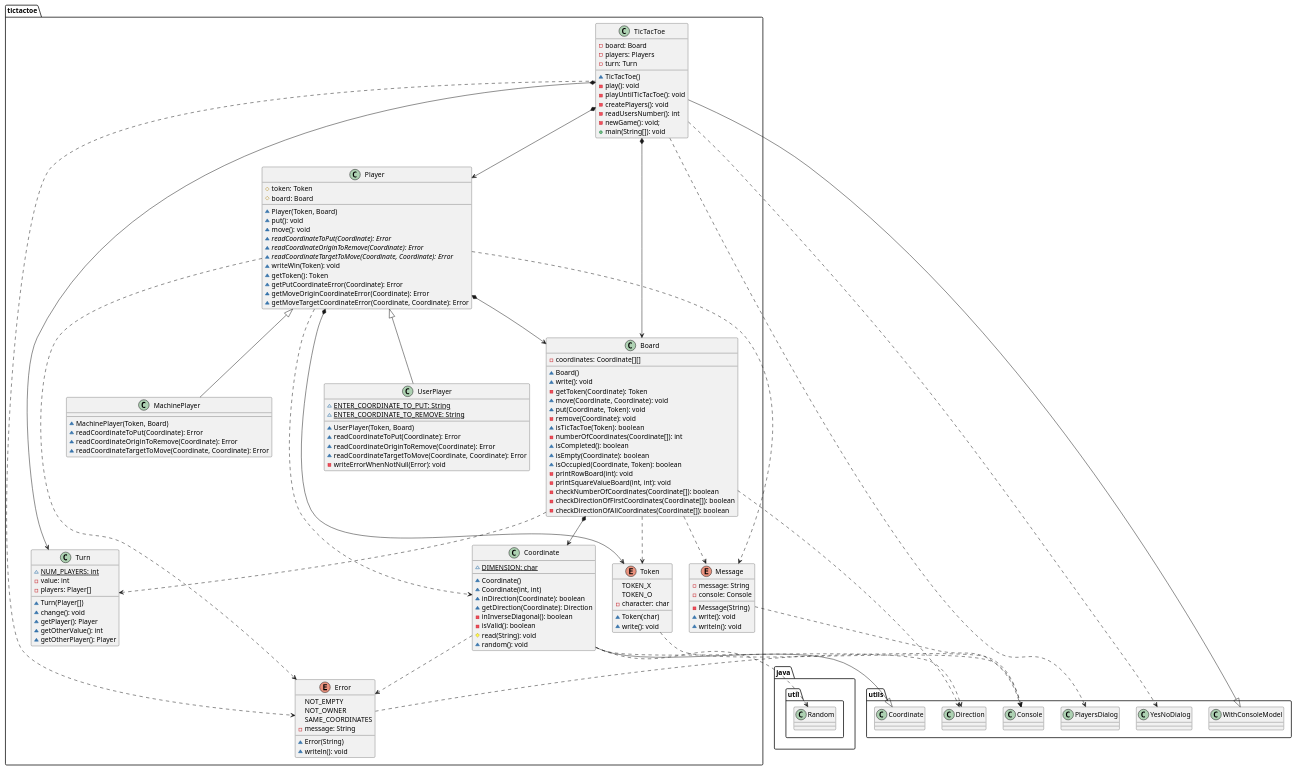
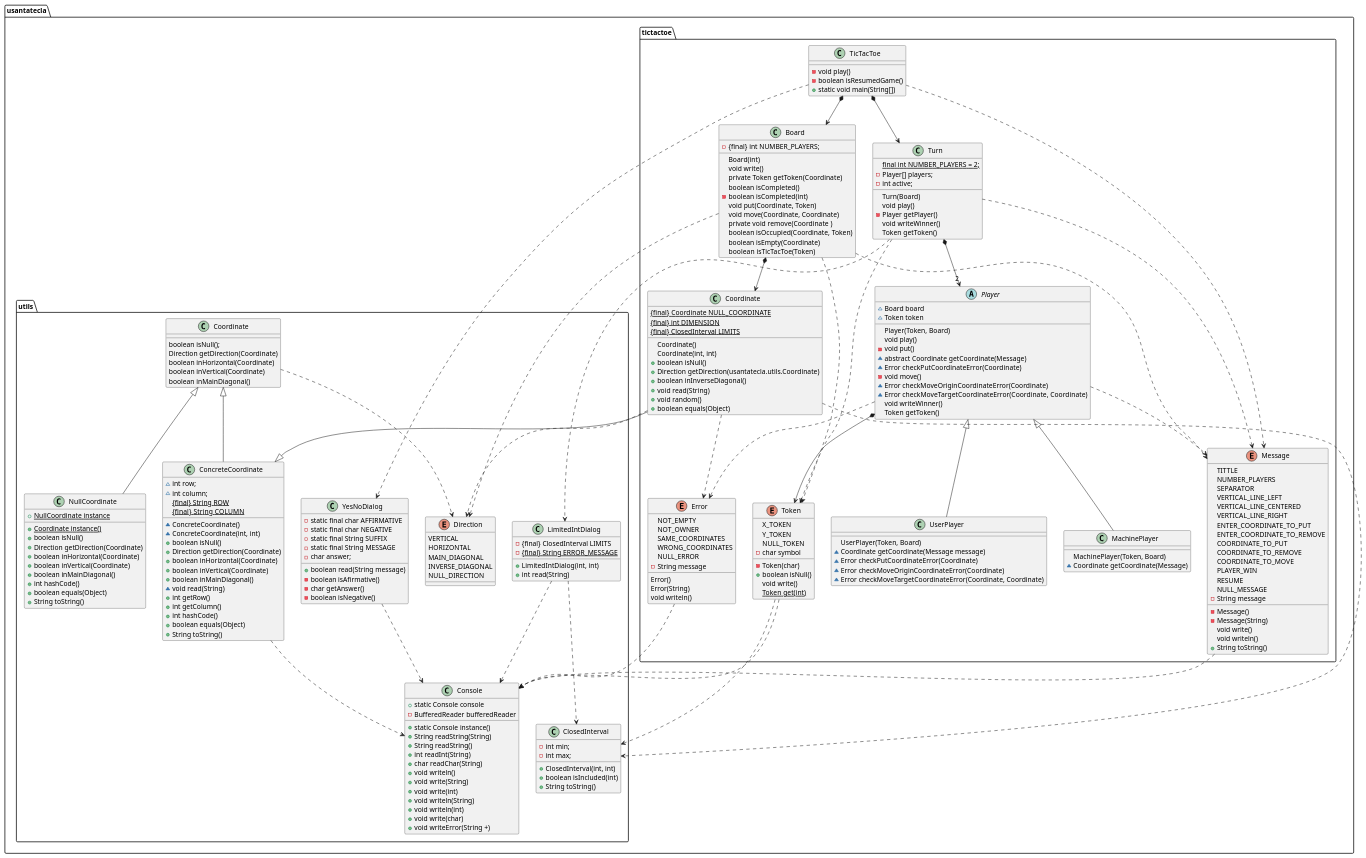
Before and after one commit to x-USantaTecla-game-ticTacToe/java: the second of 4 diagrams in docs/src/docs/asciidoc/index.adoc, drawn with PlantUML. The commit also changed other lines of this file and 17 other files, not shown here.

```diff
--- a/docs/src/docs/asciidoc/index.adoc
+++ b/docs/src/docs/asciidoc/index.adoc
@@ -50,144 +50,266 @@
 [plantuml,version1TicTacToe,svg]
 ....
 
-class  tictactoe.Board{
-- coordinates: Coordinate[][]
-~ Board()
-~ write(): void
-- getToken(Coordinate): Token
-~ move(Coordinate, Coordinate): void
-~ put(Coordinate, Token): void
-- remove(Coordinate): void
-~ isTicTacToe(Token): boolean
-- numberOfCoordinates(Coordinate[]): int
-~ isCompleted(): boolean
-~ isEmpty(Coordinate): boolean
-~ isOccupied(Coordinate, Token): boolean
-- printRowBoard(int): void
-- printSquareValueBoard(int, int): void
-- checkNumberOfCoordinates(Coordinate[]): boolean
-- checkDirectionOfFirstCoordinates(Coordinate[]): boolean
-- checkDirectionOfAllCoordinates(Coordinate[]): boolean
-}
-tictactoe.Board *-down-> tictactoe.Coordinate
-tictactoe.Board ..> tictactoe.Token
-tictactoe.Board ..> tictactoe.Turn
-tictactoe.Board ..> utils.Direction
-tictactoe.Board ..> tictactoe.Message
-
-class  tictactoe.Coordinate{
-~ {static} DIMENSION: char
-~ Coordinate()
-~ Coordinate(int, int)
-~ inDirection(Coordinate): boolean
-~ getDirection(Coordinate): Direction
-- inInverseDiagonal(): boolean
-- isValid(): boolean
-# read(String): void
-~ random(): void
-}
-utils.Coordinate <|-down- tictactoe.Coordinate
-tictactoe.Coordinate ..> tictactoe.Error
-tictactoe.Coordinate ..> utils.Direction
-tictactoe.Coordinate ..> java.util.Random
-
-enum  tictactoe.Error{
-NOT_EMPTY
-NOT_OWNER
-SAME_COORDINATES
-- message: String
-~ Error(String)
-~ writeln(): void
-}
-tictactoe.Error ..> utils.Console
-
-class  tictactoe.MachinePlayer{
-~ MachinePlayer(Token, Board)
-~ readCoordinateToPut(Coordinate): Error
-~ readCoordinateOriginToRemove(Coordinate): Error
-~ readCoordinateTargetToMove(Coordinate, Coordinate): Error
-}
-tictactoe.Player <|-down- tictactoe.MachinePlayer
-
-enum  tictactoe.Message{
-- message: String
-- console: Console
-- Message(String)
-~ write(): void
-~ writeln(): void
-}
-tictactoe.Message ..> utils.Console
-
-class  tictactoe.Player{
-# token: Token
-# board: Board
-~ Player(Token, Board)
-~ put(): void
-~ move(): void
-~ {abstract} readCoordinateToPut(Coordinate): Error
-~ {abstract} readCoordinateOriginToRemove(Coordinate): Error
-~ {abstract} readCoordinateTargetToMove(Coordinate, Coordinate): Error
-~ writeWin(Token): void
-~ getToken(): Token
-~ getPutCoordinateError(Coordinate): Error
-~ getMoveOriginCoordinateError(Coordinate): Error
-~ getMoveTargetCoordinateError(Coordinate, Coordinate): Error
-}
-tictactoe.Player *-down-> tictactoe.Token
-tictactoe.Player *-down-> tictactoe.Board
-tictactoe.Player ..> tictactoe.Coordinate
-tictactoe.Player ..> tictactoe.Error
-tictactoe.Player ..> tictactoe.Message
-
-class  tictactoe.TicTacToe{
-- board: Board
-- players: Players
-- turn: Turn
-~ TicTacToe()
-- play(): void
-- playUntilTicTacToe(): void
-- createPlayers(): void
-- readUsersNumber(): int
-- newGame(): void;
-+ main(String[]): void
-}
-utils.WithConsoleModel <|-down- tictactoe.TicTacToe
-tictactoe.TicTacToe ..> tictactoe.Error
-tictactoe.TicTacToe ..> utils.PlayersDialog
-tictactoe.TicTacToe ..> utils.YesNoDialog
-tictactoe.TicTacToe *-down-> tictactoe.Board
-tictactoe.TicTacToe *-down-> tictactoe.Player
-tictactoe.TicTacToe *-down-> tictactoe.Turn
-
-enum  tictactoe.Token{
-TOKEN_X
-TOKEN_O
-- character: char
-~ Token(char)
-~ write(): void
-}
-tictactoe.Token..> utils.Console
-
-class  tictactoe.Turn{
-~ {static} NUM_PLAYERS: int
-- value: int
-- players: Player[]
-~ Turn(Player[])
-~ change(): void
-~ getPlayer(): Player
-~ getOtherValue(): int
-~ getOtherPlayer(): Player
+namespace usantatecla.tictactoe {
+class Board {
+	- {final} int NUMBER_PLAYERS;
+	Board(int)
+	void write()
+	private Token getToken(Coordinate)
+	boolean isCompleted() 
+	- boolean isCompleted(int) 
+	void put(Coordinate, Token) 
+	void move(Coordinate, Coordinate) 
+	private void remove(Coordinate ) 
+	boolean isOccupied(Coordinate, Token)
+	boolean isEmpty(Coordinate)
+	boolean isTicTacToe(Token) 
 }
 
-class  tictactoe.UserPlayer{
-~ {static} ENTER_COORDINATE_TO_PUT: String
-~ {static} ENTER_COORDINATE_TO_REMOVE: String
-~ UserPlayer(Token, Board)
-~ readCoordinateToPut(Coordinate): Error
-~ readCoordinateOriginToRemove(Coordinate): Error
-~ readCoordinateTargetToMove(Coordinate, Coordinate): Error
-- writeErrorWhenNotNull(Error): void
+class Coordinate {
+	{static} {final} Coordinate NULL_COORDINATE
+	{static} {final} int DIMENSION
+	{static} {final} ClosedInterval LIMITS
+	Coordinate()
+	Coordinate(int, int)
+	+ boolean isNull() 
+	+ Direction getDirection(usantatecla.utils.Coordinate)
+	+ boolean inInverseDiagonal()
+	+ void read(String)
+	+ void random()
+	+ boolean equals(Object)
 }
-tictactoe.Player <|-down- tictactoe.UserPlayer
+
+enum Error {
+
+	NOT_EMPTY
+	NOT_OWNER
+	SAME_COORDINATES
+	WRONG_COORDINATES
+	NULL_ERROR
+	- String message
+	Error()
+	Error(String)
+	void writeln()
+}
+
+class MachinePlayer {
+	MachinePlayer(Token, Board)
+	~ Coordinate getCoordinate(Message)
+}
+
+enum Message {
+	TITTLE
+	NUMBER_PLAYERS
+	SEPARATOR
+	VERTICAL_LINE_LEFT
+	VERTICAL_LINE_CENTERED
+	VERTICAL_LINE_RIGHT
+	ENTER_COORDINATE_TO_PUT
+	ENTER_COORDINATE_TO_REMOVE
+	COORDINATE_TO_PUT
+	COORDINATE_TO_REMOVE
+	COORDINATE_TO_MOVE
+	PLAYER_WIN
+	RESUME
+	NULL_MESSAGE
+	- String message
+	- Message()
+	- Message(String)
+	void write() 
+	void writeln()
+	+ String toString()
+}
+
+
+abstract class Player {
+	~ Board board
+	~ Token token
+	Player(Token, Board)
+	void play() 
+	- void put()
+	~ abstract Coordinate getCoordinate(Message)
+	~ Error checkPutCoordinateError(Coordinate)
+	- void move()
+	~ Error checkMoveOriginCoordinateError(Coordinate)
+	~ Error checkMoveTargetCoordinateError(Coordinate, Coordinate)
+	void writeWinner() 
+	Token getToken()
+}
+
+class TicTacToe{
+	- void play() 
+	- boolean isResumedGame()
+	+ static void main(String[])
+}
+
+enum Token {
+	X_TOKEN
+	Y_TOKEN
+	NULL_TOKEN
+	- char symbol
+	- Token(char)
+	+ boolean isNull()
+	void write() 
+	{static} Token get(int)
+}
+
+class Turn {
+	{static} final int NUMBER_PLAYERS = 2;
+	- Player[] players;
+	- int active;
+	Turn(Board) 
+	void play()
+	- Player getPlayer()
+	void writeWinner()
+	Token getToken()
+}
+
+class UserPlayer extends Player {
+	UserPlayer(Token, Board)
+	~ Coordinate getCoordinate(Message message)
+	~ Error checkPutCoordinateError(Coordinate) 
+	~ Error checkMoveOriginCoordinateError(Coordinate)
+	~ Error checkMoveTargetCoordinateError(Coordinate, Coordinate)
+}
+
+TicTacToe *-down-> Board
+TicTacToe *-down-> Turn
+
+Board .down.> Token
+Turn .down.> Token
+Player *-down-> Token
+Turn *-down-> "2" Player
+Board *-down-> Coordinate
+Player <|-down- MachinePlayer
+Coordinate .down.> Error
+Player .down.> Error
+Board .down.> Message
+Player .down.> Message
+TicTacToe .down.> Message
+Turn .down.> Message
+
+}
+
+namespace usantatecla.utils {
+
+class Coordinate {
+	boolean isNull();
+	Direction getDirection(Coordinate)
+	boolean inHorizontal(Coordinate)
+	boolean inVertical(Coordinate)
+	boolean inMainDiagonal()
+}
+
+class ConcreteCoordinate {
+	~ int row;
+	~ int column;
+	{static} {final} String ROW
+	{static} {final}  String COLUMN
+	~ ConcreteCoordinate() 
+	~ ConcreteCoordinate(int, int) 
+	+ boolean isNull()
+	+ Direction getDirection(Coordinate)
+	+ boolean inHorizontal(Coordinate) 
+	+ boolean inVertical(Coordinate)
+	+ boolean inMainDiagonal()
+	~ void read(String)
+	+ int getRow() 
+	+ int getColumn()
+	+ int hashCode()
+	+ boolean equals(Object)
+	+ String toString()
+}
+class NullCoordinate {
+	+ {static} NullCoordinate instance
+	+ {static} Coordinate instance()
+	+ boolean isNull()
+	+ Direction getDirection(Coordinate)
+	+ boolean inHorizontal(Coordinate)
+	+ boolean inVertical(Coordinate) 
+	+ boolean inMainDiagonal()
+	+ int hashCode()
+	+ boolean equals(Object)
+	+ String toString() 
+}
+
+enum Direction {
+	VERTICAL
+	HORIZONTAL
+	MAIN_DIAGONAL
+	INVERSE_DIAGONAL
+	NULL_DIRECTION
+}
+
+class Console {
+	+ static Console console
+	+ static Console instance()
+	- BufferedReader bufferedReader
+	+ String readString(String) 
+	+ String readString()
+	+ int readInt(String)
+	+ char readChar(String) 
+	+ void writeln()
+	+ void write(String) 
+	+ void write(int)
+	+ void writeln(String)
+	+ void writeln(int) 
+	+ void write(char)
+	+ void writeError(String +) 
+}
+
+class ClosedInterval {
+	- int min;
+	- int max;
+	+ ClosedInterval(int, int)
+	+ boolean isIncluded(int)
+	+ String toString() 
+}
+
+class YesNoDialog {
+	- static final char AFFIRMATIVE
+	- static final char NEGATIVE
+	- static final String SUFFIX
+	- static final String MESSAGE
+	- char answer;
+	+ boolean read(String message)
+	- boolean isAfirmative()
+	- char getAnswer()
+	- boolean isNegative()
+}
+
+class LimitedIntDialog {
+	- {final} ClosedInterval LIMITS
+	- {static} {final} String ERROR_MESSAGE 
+	+ LimitedIntDialog(int, int)
+	+ int read(String)
+}
+
+Coordinate <|-down- ConcreteCoordinate
+Coordinate <|-down- NullCoordinate
+
+}
+
+usantatecla.utils.ConcreteCoordinate <|-down- usantatecla.tictactoe.Coordinate
+
+usantatecla.tictactoe.Coordinate .down.> usantatecla.utils.ClosedInterval
+usantatecla.tictactoe.Token .down.> usantatecla.utils.ClosedInterval
+usantatecla.utils.LimitedIntDialog .down.> usantatecla.utils.ClosedInterval
+
+
+usantatecla.tictactoe.Error .down.> usantatecla.utils.Console
+usantatecla.tictactoe.Message .down.> usantatecla.utils.Console
+usantatecla.tictactoe.Token .down.> usantatecla.utils.Console
+usantatecla.utils.ConcreteCoordinate .down.> usantatecla.utils.Console
+usantatecla.utils.LimitedIntDialog .down.> usantatecla.utils.Console
+usantatecla.utils.YesNoDialog .down.> usantatecla.utils.Console
+
+
+usantatecla.tictactoe.Turn .down.> usantatecla.utils.LimitedIntDialog
+usantatecla.tictactoe.TicTacToe .down.> usantatecla.utils.YesNoDialog
+
+usantatecla.tictactoe.Board .down.> usantatecla.utils.Direction
+usantatecla.tictactoe.Coordinate .down.> usantatecla.utils.Direction
+usantatecla.utils.Coordinate .down.> usantatecla.utils.Direction
 
 ....
```
